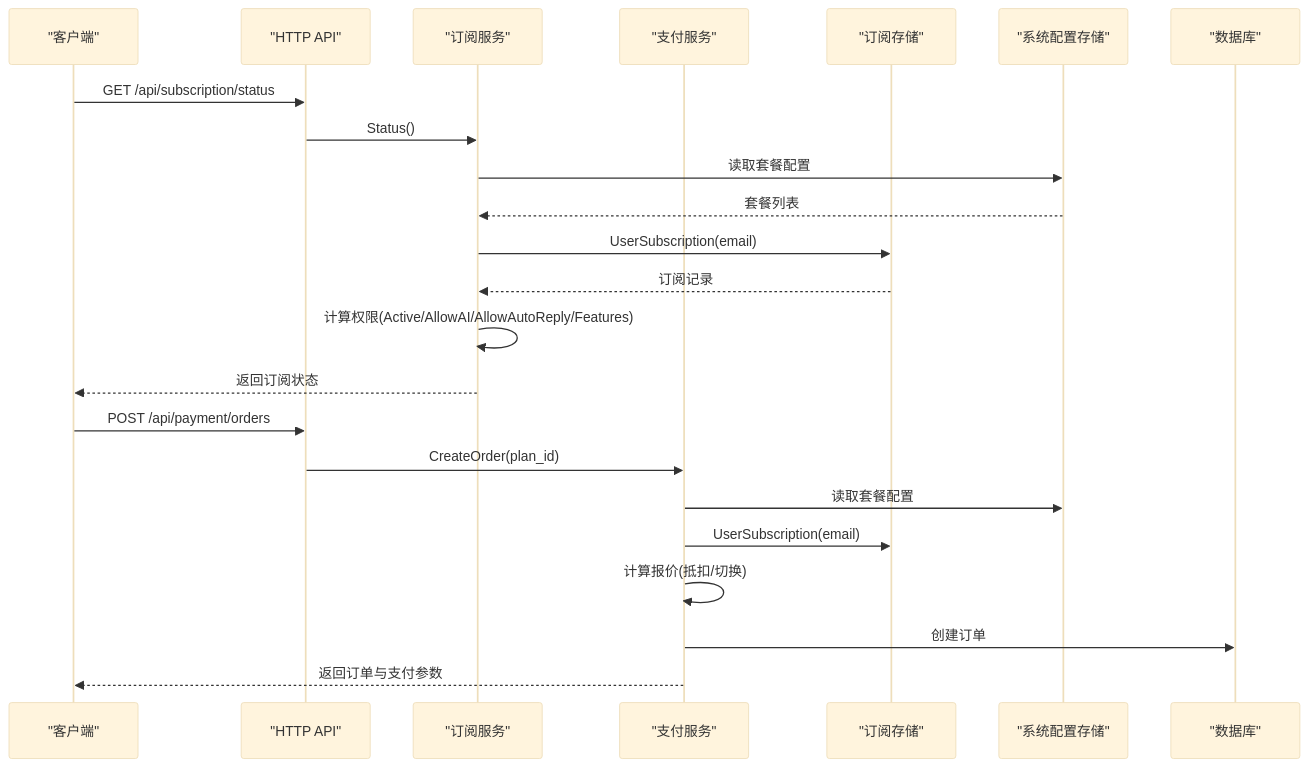
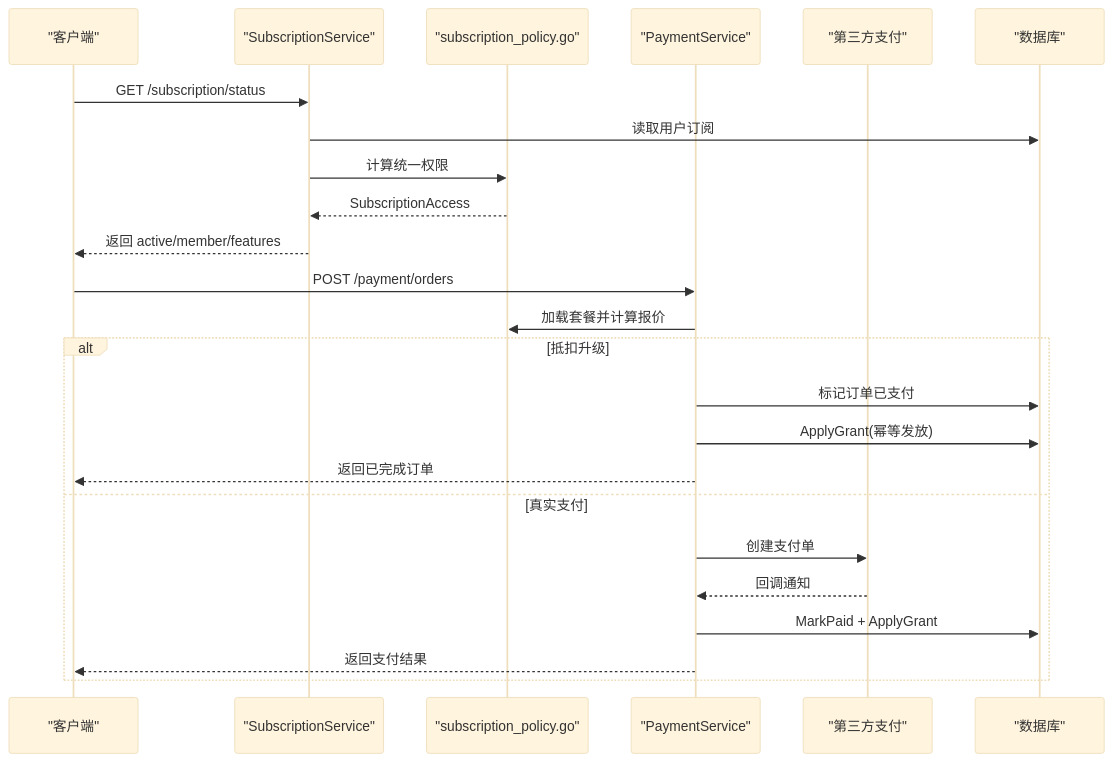
Before and after one commit to alvinwangzi/goodhr: the second of 9 diagrams in .qoder/repowiki/zh/content/云端后端服务/支付订阅系统/订阅策略管理.md, drawn with Mermaid (base theme). The commit also changed other lines of this file and 149 other files, not shown here.

````diff
--- a/.qoder/repowiki/zh/content/云端后端服务/支付订阅系统/订阅策略管理.md
+++ b/.qoder/repowiki/zh/content/云端后端服务/支付订阅系统/订阅策略管理.md
@@ -83,25 +86,26 @@
 ```mermaid
 sequenceDiagram
-participant C as "客户端"
-participant A as "HTTP API"
-participant S as "订阅服务"
-participant P as "支付服务"
-participant ST as "订阅存储"
-participant SC as "系统配置存储"
+participant Client as "客户端"
+participant SubSvc as "SubscriptionService"
+participant Policy as "subscription_policy.go"
+participant PaySvc as "PaymentService"
+participant Provider as "第三方支付"
 participant DB as "数据库"
-C->>A : GET /api/subscription/status
-A->>S : Status()
-S->>SC : 读取套餐配置
-SC-->>S : 套餐列表
-S->>ST : UserSubscription(email)
-ST-->>S : 订阅记录
-S->>S : 计算权限(Active/AllowAI/AllowAutoReply/Features)
-S-->>C : 返回订阅状态
-C->>A : POST /api/payment/orders
-A->>P : CreateOrder(plan_id)
-P->>SC : 读取套餐配置
-P->>ST : UserSubscription(email)
-P->>P : 计算报价(抵扣/切换)
-P->>DB : 创建订单
-P-->>C : 返回订单与支付参数
+Client->>SubSvc : GET /subscription/status
+SubSvc->>DB : 读取用户订阅
+SubSvc->>Policy : 计算统一权限
+Policy-->>SubSvc : SubscriptionAccess
+SubSvc-->>Client : 返回 active/member/features
+Client->>PaySvc : POST /payment/orders
+PaySvc->>Policy : 加载套餐并计算报价
+alt 抵扣升级
+PaySvc->>DB : 标记订单已支付
+PaySvc->>DB : ApplyGrant(幂等发放)
+PaySvc-->>Client : 返回已完成订单
+else 真实支付
+PaySvc->>Provider : 创建支付单
+Provider-->>PaySvc : 回调通知
+PaySvc->>DB : MarkPaid + ApplyGrant
+PaySvc-->>Client : 返回支付结果
+end
 ```
````
